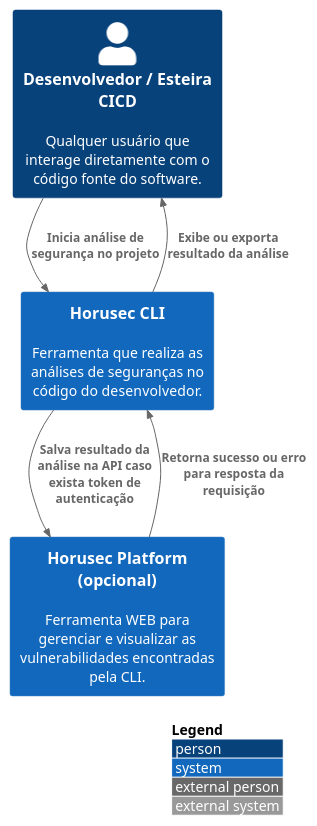
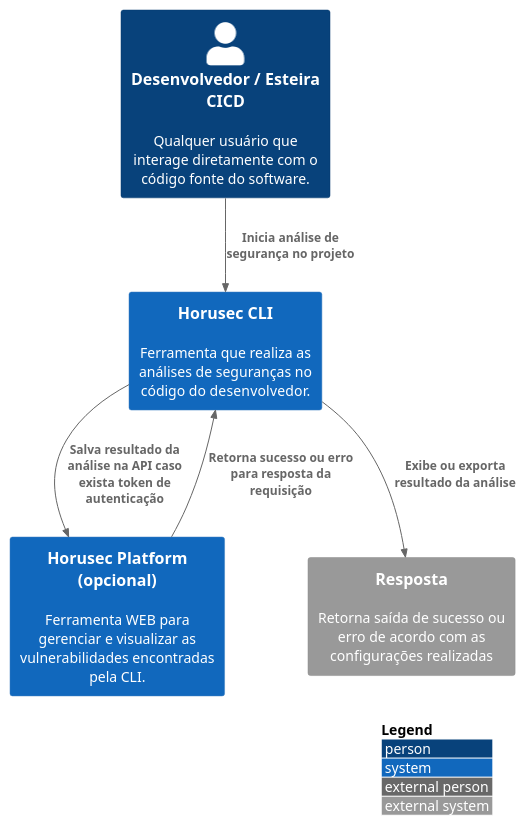
One commit to ZupIT/horusec-c4model changed the diagram in src/Horusec-CLI/C1-Model/c1.puml. Above: the diagram before and after it, drawn with PlantUML. The commit also changed 37 other files, not shown here.

Commit message:
Finish Horusec C4 Model Horusec-CLI

```diff
--- a/src/Horusec-CLI/C1-Model/c1.puml
+++ b/src/Horusec-CLI/C1-Model/c1.puml
@@ -1,17 +1,18 @@
 @startuml horusec-cli-c1
 !include https://raw.githubusercontent.com/adrianvlupu/C4-PlantUML/latest/C4_Context.puml
 
 LAYOUT_WITH_LEGEND()
 
 Person(user, "Desenvolvedor / Esteira CICD", "Qualquer usuário que interage diretamente com o código fonte do software.")
 System(horusecCLI, "Horusec CLI", "Ferramenta que realiza as análises de seguranças no código do desenvolvedor.")
 System(horusecPlatform, "Horusec Platform (opcional)", "Ferramenta WEB para gerenciar e visualizar as vulnerabilidades encontradas pela CLI.")
+System_Ext(response, "Resposta", "Retorna saída de sucesso ou erro de acordo com as configurações realizadas", "")
 
 Rel(user, horusecCLI, "Inicia análise de segurança no projeto")
 
 Rel(horusecCLI, horusecPlatform, "Salva resultado da análise na API caso exista token de autenticação")
 
 Rel(horusecPlatform, horusecCLI, "Retorna sucesso ou erro para resposta da requisição")
 
-Rel(horusecCLI, user, "Exibe ou exporta resultado da análise")
+Rel(horusecCLI, response, "Exibe ou exporta resultado da análise")
 @enduml
```
